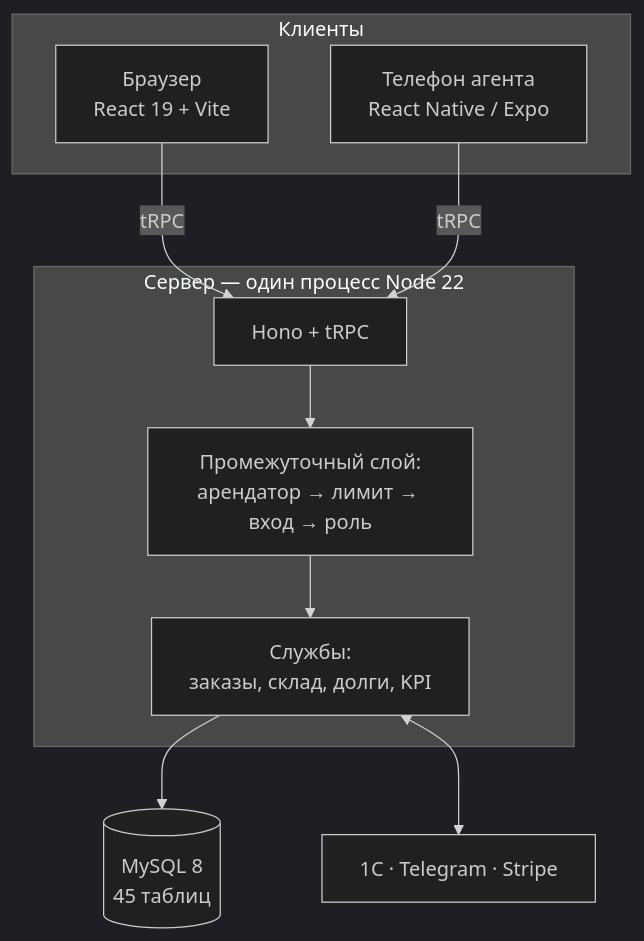
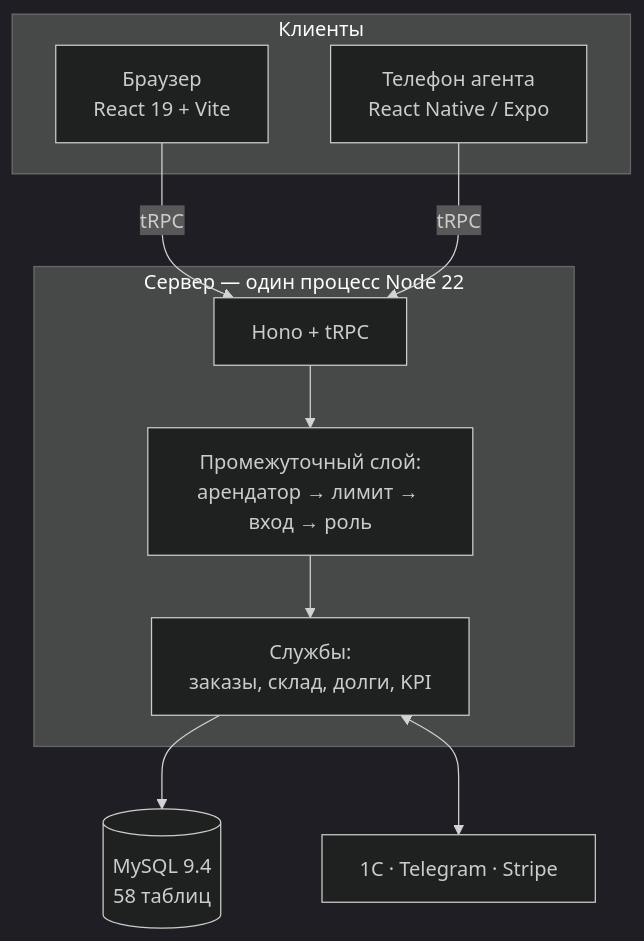
One commit to Nightcall7442/Warehouse-Pro changed the diagram in README.md. Above: the diagram before and after it, drawn with Mermaid (dark theme). The commit also changed other lines of this file and 6 other files, not shown here.

````diff
--- a/README.md
+++ b/README.md
@@ -75,23 +75,23 @@
 ```mermaid
 flowchart TB
     subgraph Клиенты
         W["Браузер<br/>React 19 + Vite"]
         M["Телефон агента<br/>React Native / Expo"]
     end
 
     subgraph Server["Сервер — один процесс Node 22"]
         H["Hono + tRPC"]
         MW["Промежуточный слой:<br/>арендатор → лимит → вход → роль"]
         S["Службы:<br/>заказы, склад, долги, KPI"]
     end
 
-    DB[("MySQL 8<br/>45 таблиц")]
+    DB[("MySQL 9.4<br/>58 таблиц")]
     EXT["1С · Telegram · Stripe"]
 
     W -->|tRPC| H
     M -->|tRPC| H
     H --> MW
     MW --> S
     S --> DB
     S <--> EXT
 ```
````
